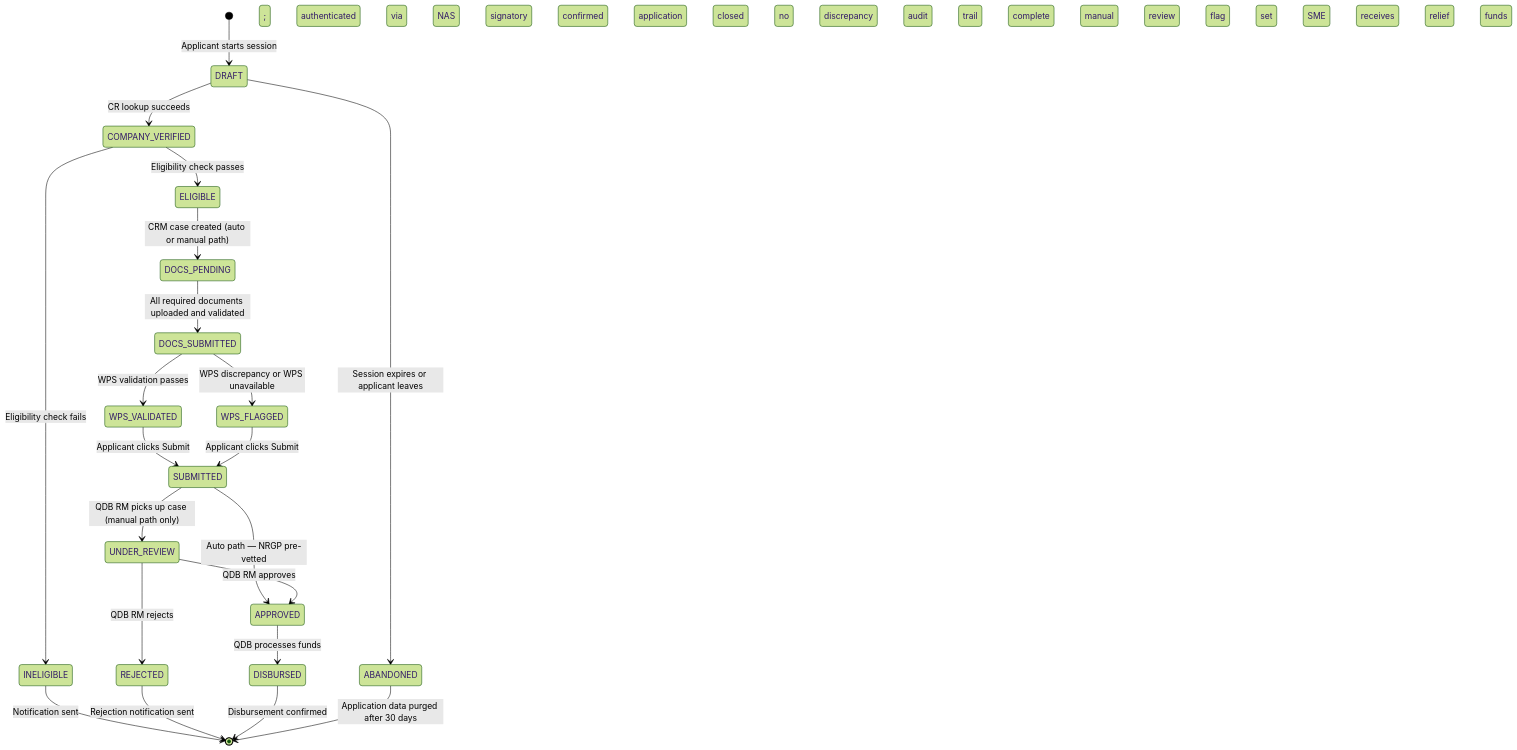
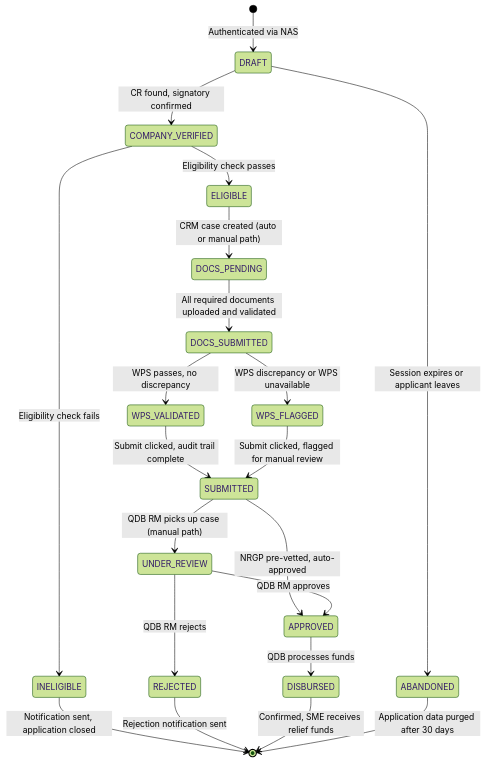
Before and after one commit to Tamoura/Claude-Code-creates-the-SW-company: the second of 7 diagrams in products/qdb-sme-relief/docs/PRD.md, drawn with Mermaid (forest theme). The commit also changed 1 other file, not shown here.

Commit message:
fix(qdb-sme-relief): fix stateDiagram-v2 separate-box rendering
Semicolons in stateDiagram-v2 transition labels are treated as
statement terminators by Mermaid's parser, causing text after ; to
be interpreted as a new state definition and rendered as a phantom
box. Replaced all semicolons with commas across PRD.md (7 labels)
and business-analysis.md (3 labels).

````diff
--- a/products/qdb-sme-relief/docs/PRD.md
+++ b/products/qdb-sme-relief/docs/PRD.md
@@ -1015,40 +1015,40 @@
 ```mermaid
 stateDiagram-v2
-    [*] --> DRAFT : Applicant starts session; authenticated via NAS
+    [*] --> DRAFT : Authenticated via NAS
 
-    DRAFT --> COMPANY_VERIFIED : CR lookup succeeds; signatory confirmed
+    DRAFT --> COMPANY_VERIFIED : CR found, signatory confirmed
 
     DRAFT --> ABANDONED : Session expires or applicant leaves
 
     COMPANY_VERIFIED --> INELIGIBLE : Eligibility check fails
     COMPANY_VERIFIED --> ELIGIBLE : Eligibility check passes
 
-    INELIGIBLE --> [*] : Notification sent; application closed
+    INELIGIBLE --> [*] : Notification sent, application closed
 
     ELIGIBLE --> DOCS_PENDING : CRM case created (auto or manual path)
 
     DOCS_PENDING --> DOCS_SUBMITTED : All required documents uploaded and validated
 
-    DOCS_SUBMITTED --> WPS_VALIDATED : WPS validation passes; no discrepancy
+    DOCS_SUBMITTED --> WPS_VALIDATED : WPS passes, no discrepancy
 
     DOCS_SUBMITTED --> WPS_FLAGGED : WPS discrepancy or WPS unavailable
 
-    WPS_VALIDATED --> SUBMITTED : Applicant clicks Submit; audit trail complete
+    WPS_VALIDATED --> SUBMITTED : Submit clicked, audit trail complete
 
-    WPS_FLAGGED --> SUBMITTED : Applicant clicks Submit; manual review flag set
+    WPS_FLAGGED --> SUBMITTED : Submit clicked, flagged for manual review
 
-    SUBMITTED --> UNDER_REVIEW : QDB RM picks up case (manual path only)
+    SUBMITTED --> UNDER_REVIEW : QDB RM picks up case (manual path)
 
-    SUBMITTED --> APPROVED : Auto path — NRGP pre-vetted; no manual review
+    SUBMITTED --> APPROVED : NRGP pre-vetted, auto-approved
 
     UNDER_REVIEW --> APPROVED : QDB RM approves
     UNDER_REVIEW --> REJECTED : QDB RM rejects
 
     APPROVED --> DISBURSED : QDB processes funds
 
     REJECTED --> [*] : Rejection notification sent
 
-    DISBURSED --> [*] : Disbursement confirmed; SME receives relief funds
+    DISBURSED --> [*] : Confirmed, SME receives relief funds
 
     ABANDONED --> [*] : Application data purged after 30 days
 ```
````
